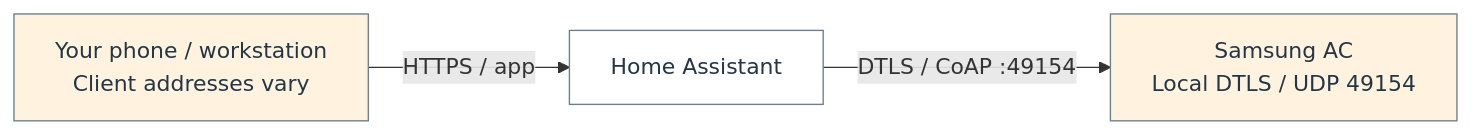
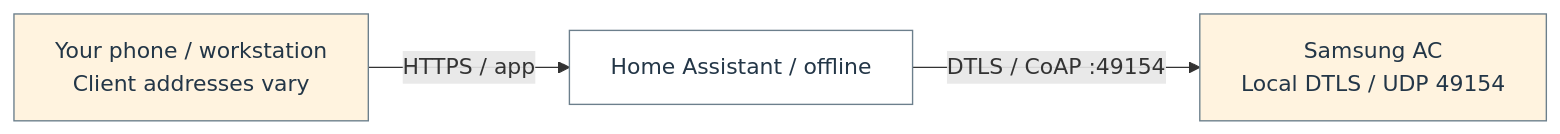
The diagram in docs/architecture/flow-2.mmd (Harsh-2002/Homelab), drawn with Mermaid before and after one commit. The commit also changed 38 other files, not shown here.

```diff
--- a/docs/architecture/flow-2.mmd
+++ b/docs/architecture/flow-2.mmd
@@ -1,10 +1,10 @@
 flowchart LR
   n_flow_2_0["Your phone / workstation<br/>Client addresses vary"]
-  n_flow_2_1["Home Assistant"]
+  n_flow_2_1["Home Assistant / offline"]
   n_flow_2_2["Samsung AC<br/>Local DTLS / UDP 49154"]
   n_flow_2_0 -->|"HTTPS / app"| n_flow_2_1
   n_flow_2_1 -->|"DTLS / CoAP :49154"| n_flow_2_2
   classDef c_flow_2_0 fill:#fff3df,stroke:#6c7f8c,color:#233647;
   class n_flow_2_0,n_flow_2_2 c_flow_2_0;
   classDef c_flow_2_1 fill:#ffffff,stroke:#6c7f8c,color:#233647;
   class n_flow_2_1 c_flow_2_1;
```
